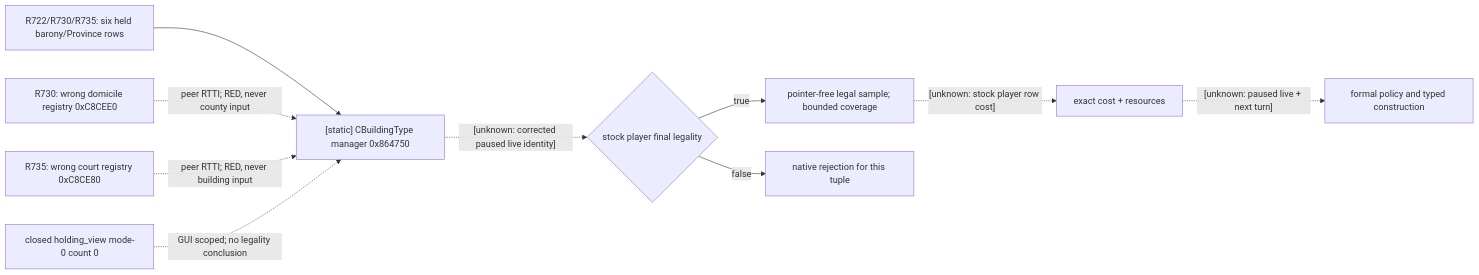
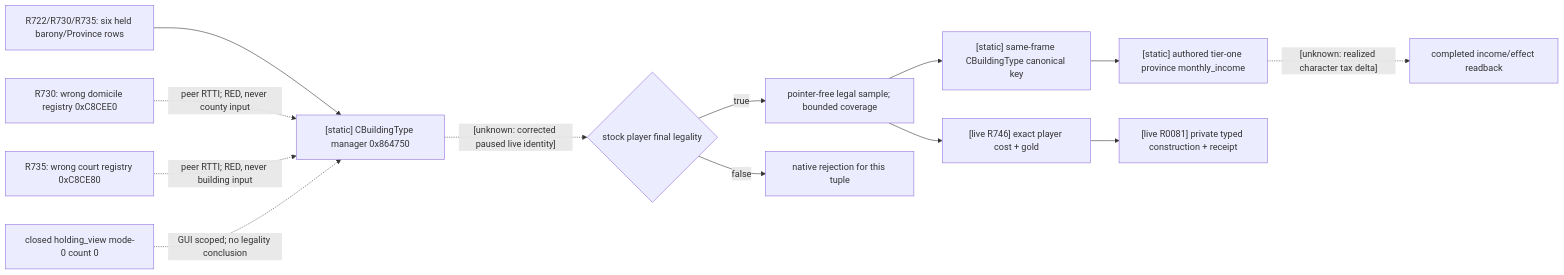
The first of 2 diagrams in docs/ck3-native-ai/domain-construction-ai.md (XenoAmess/ck3_eternal_recurrence), drawn with Mermaid before and after one commit. The commit also changed other lines of this file and 14 other files, not shown here.

Commit message:
NW-ECON-VALUE_bind_authored_income_to_native_construction_choice

````diff
--- a/docs/ck3-native-ai/domain-construction-ai.md
+++ b/docs/ck3-native-ai/domain-construction-ai.md
@@ -199,12 +201,15 @@
 ```mermaid
 flowchart LR
     H["R722/R730/R735: six held barony/Province rows"] --> W["[static] CBuildingType manager 0x864750"]
     D["R730: wrong domicile registry 0xC8CEE0"] -. "peer RTTI; RED, never county input" .-> W
     T["R735: wrong court registry 0xC8CE80"] -. "peer RTTI; RED, never building input" .-> W
     Z["closed holding_view mode-0 count 0"] -. "GUI scoped; no legality conclusion" .-> W
     W -. "[unknown: corrected paused live identity]" .-> L{"stock player final legality"}
     L -->|true| P["pointer-free legal sample; bounded coverage"]
     L -->|false| N["native rejection for this tuple"]
-    P -. "[unknown: stock player row cost]" .-> C["exact cost + resources"]
-    C -. "[unknown: paused live + next turn]" .-> A["formal policy and typed construction"]
+    P --> C["[live R746] exact player cost + gold"]
+    P --> K["[static] same-frame CBuildingType canonical key"]
+    K --> V["[static] authored tier-one province monthly_income"]
+    V -. "[unknown: realized character tax delta]" .-> Y["completed income/effect readback"]
+    C --> A["[live R0081] private typed construction + receipt"]
 ```
````
